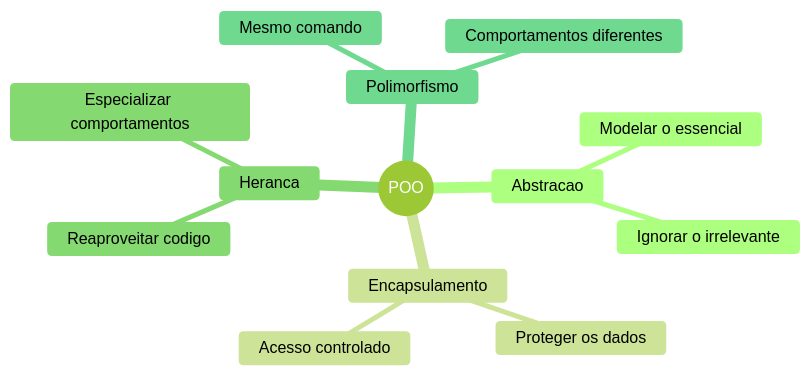
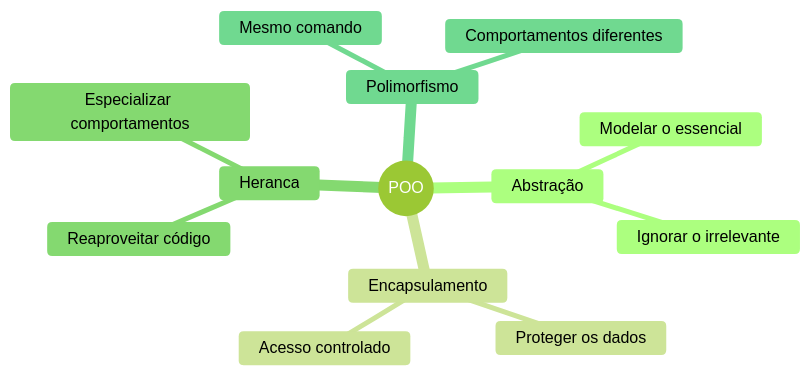
One commit to adrianohmf/POO-com-Java-25LTS changed the diagram in capitulos/02-conceitos-fundamentais-poo/README.md. Above: the diagram before and after it, drawn with Mermaid (forest theme). The commit also changed other lines of this file and 105 other files, not shown here.

````diff
--- a/capitulos/02-conceitos-fundamentais-poo/README.md
+++ b/capitulos/02-conceitos-fundamentais-poo/README.md
@@ -30,16 +30,16 @@
 ```mermaid
 mindmap
   root((POO))
-    Abstracao
+    Abstração
       Modelar o essencial
       Ignorar o irrelevante
     Encapsulamento
       Proteger os dados
       Acesso controlado
     Heranca
-      Reaproveitar codigo
+      Reaproveitar código
       Especializar comportamentos
     Polimorfismo
       Mesmo comando
       Comportamentos diferentes
 ```
````
